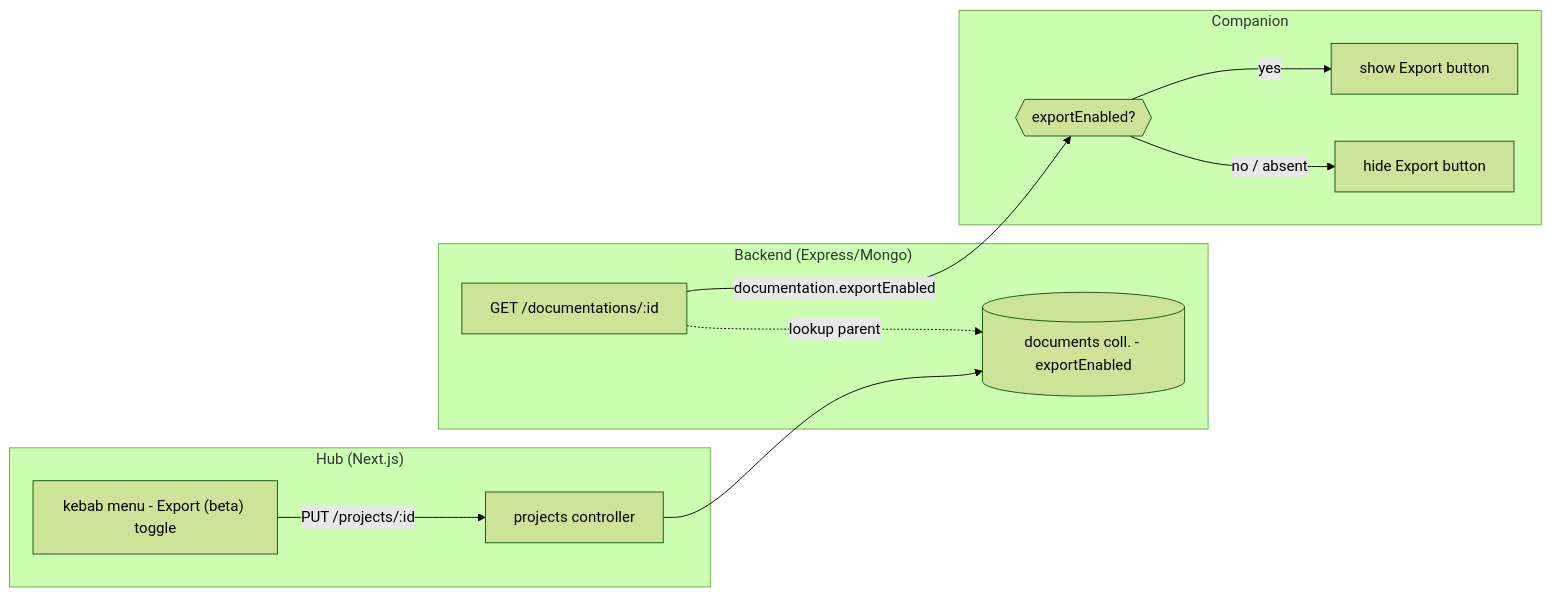
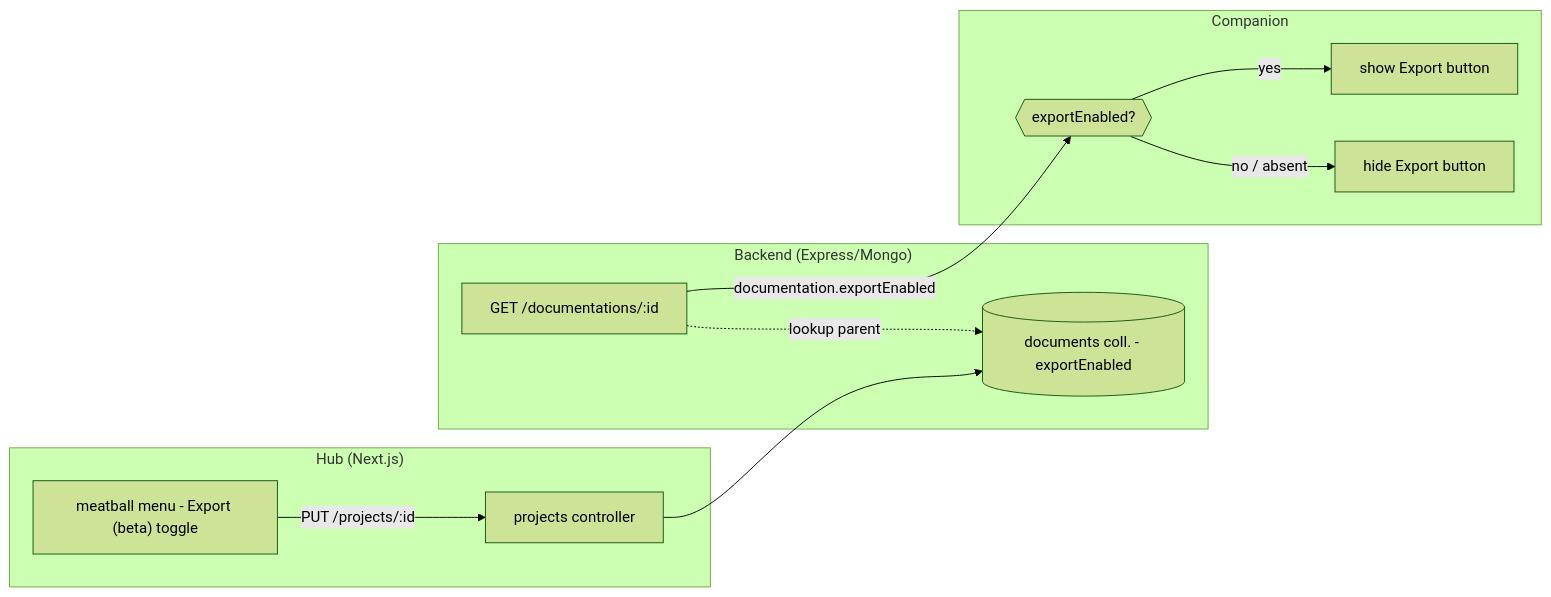
One commit to Sanjay-George/document.io changed the diagram in docs/export-beta-project-lever.md. Above: the diagram before and after it, drawn with Mermaid (forest theme). The commit also changed other lines of this file, not shown here.

First line of the commit message:
Update design doc to reflect MeatballMenu rename

````diff
--- a/docs/export-beta-project-lever.md
+++ b/docs/export-beta-project-lever.md
@@ -29,15 +29,15 @@
 ```mermaid
 flowchart LR
     subgraph hub["Hub (Next.js)"]
-        kebab["kebab menu - Export (beta) toggle"] -->|PUT /projects/:id| api
+        meatball["meatball menu - Export (beta) toggle"] -->|PUT /projects/:id| api
     end
     subgraph be["Backend (Express/Mongo)"]
         api["projects controller"] --> db[("documents coll. - exportEnabled")]
         docget["GET /documentations/:id"] -.lookup parent.-> db
     end
     subgraph comp["Companion"]
         docget -->|documentation.exportEnabled| gate{{"exportEnabled?"}}
         gate -->|yes| btn["show Export button"]
         gate -->|no / absent| hide["hide Export button"]
     end
 ```
````
